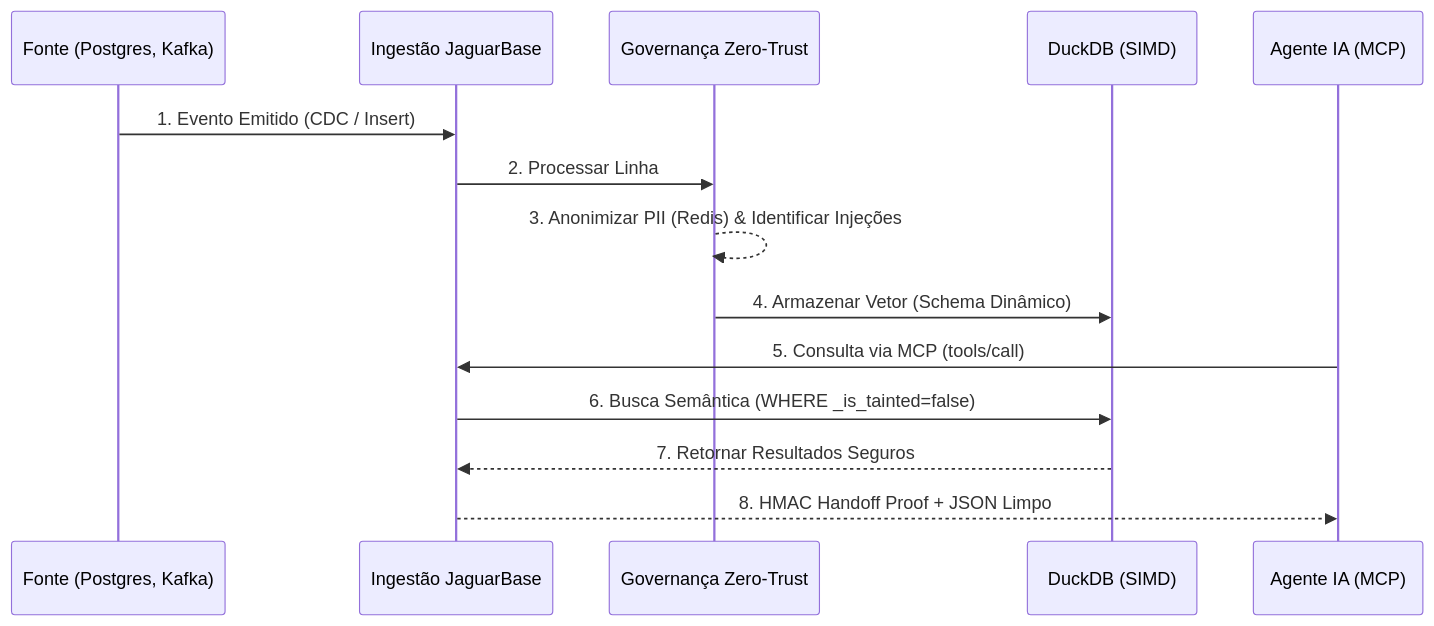
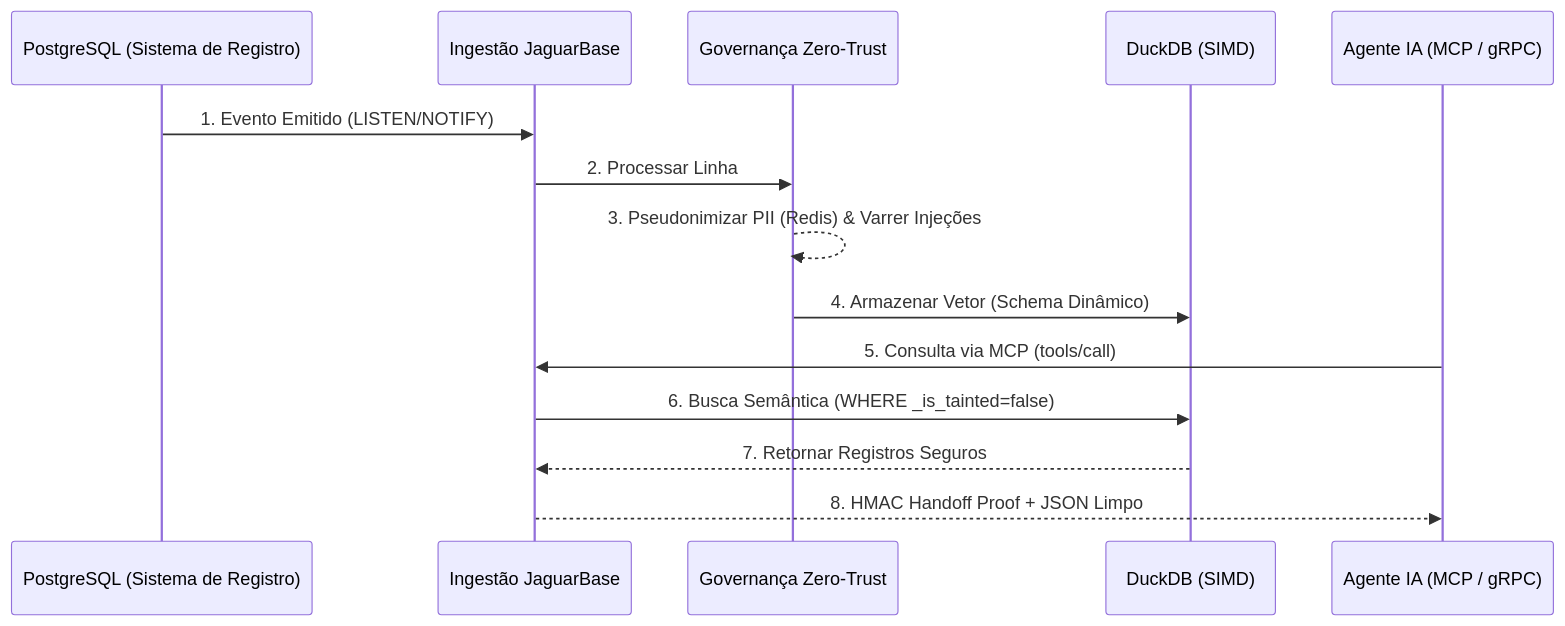
Before and after one commit to andrewbraga1/jaguarbase: the second of 2 diagrams in README.pt-BR.md, drawn with Mermaid. The commit also changed other lines of this file and 1 other file, not shown here.

````diff
--- a/README.pt-BR.md
+++ b/README.pt-BR.md
@@ -49,17 +52,17 @@
 ```mermaid
 sequenceDiagram
-    participant Source as Fonte (Postgres, Kafka)
+    participant Source as PostgreSQL (Sistema de Registro)
     participant JB as Ingestão JaguarBase
     participant Gov as Governança Zero-Trust
     participant DDB as DuckDB (SIMD)
-    participant Agent as Agente IA (MCP)
+    participant Agent as Agente IA (MCP / gRPC)
 
-    Source->>JB: 1. Evento Emitido (CDC / Insert)
+    Source->>JB: 1. Evento Emitido (LISTEN/NOTIFY)
     JB->>Gov: 2. Processar Linha
-    Gov-->>Gov: 3. Anonimizar PII (Redis) & Identificar Injeções
+    Gov-->>Gov: 3. Pseudonimizar PII (Redis) & Varrer Injeções
     Gov->>DDB: 4. Armazenar Vetor (Schema Dinâmico)
     Agent->>JB: 5. Consulta via MCP (tools/call)
     JB->>DDB: 6. Busca Semântica (WHERE _is_tainted=false)
-    DDB-->>JB: 7. Retornar Resultados Seguros
+    DDB-->>JB: 7. Retornar Registros Seguros
     JB-->>Agent: 8. HMAC Handoff Proof + JSON Limpo
 ```
````
